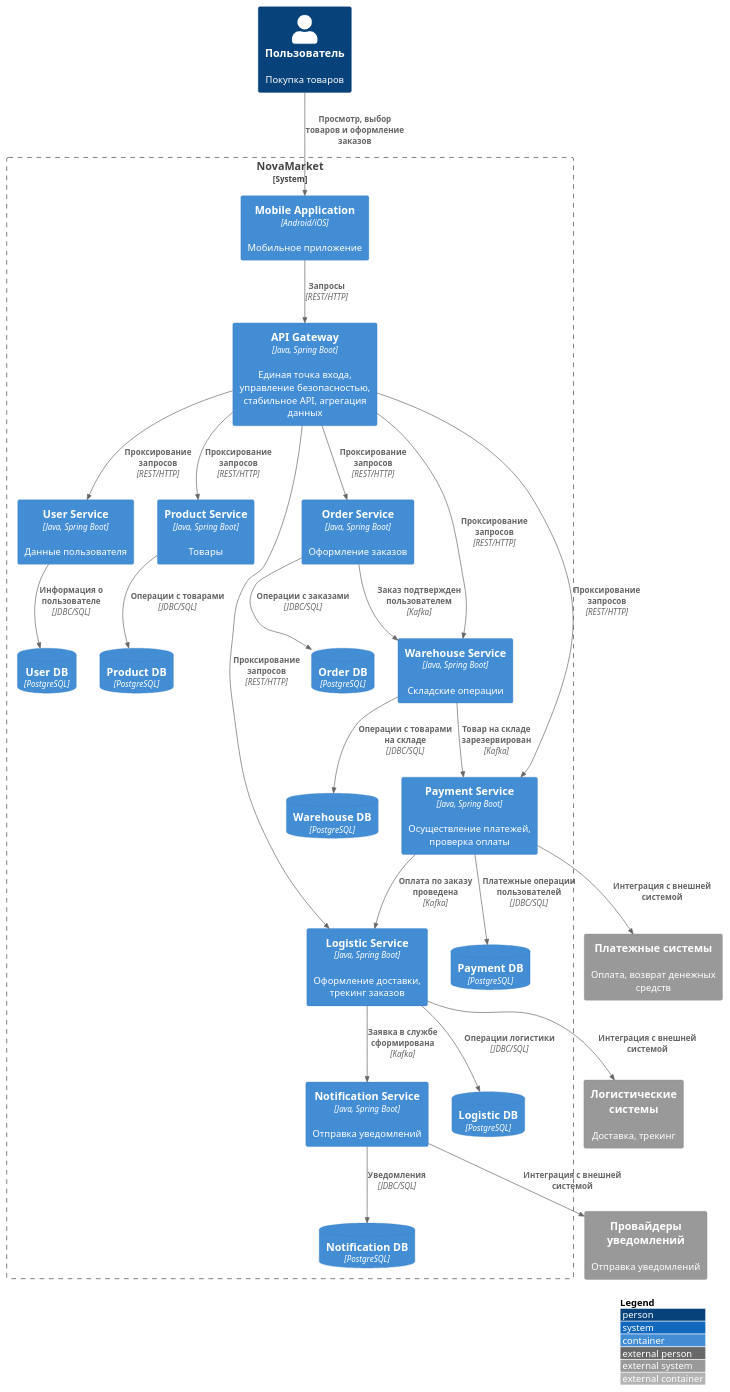
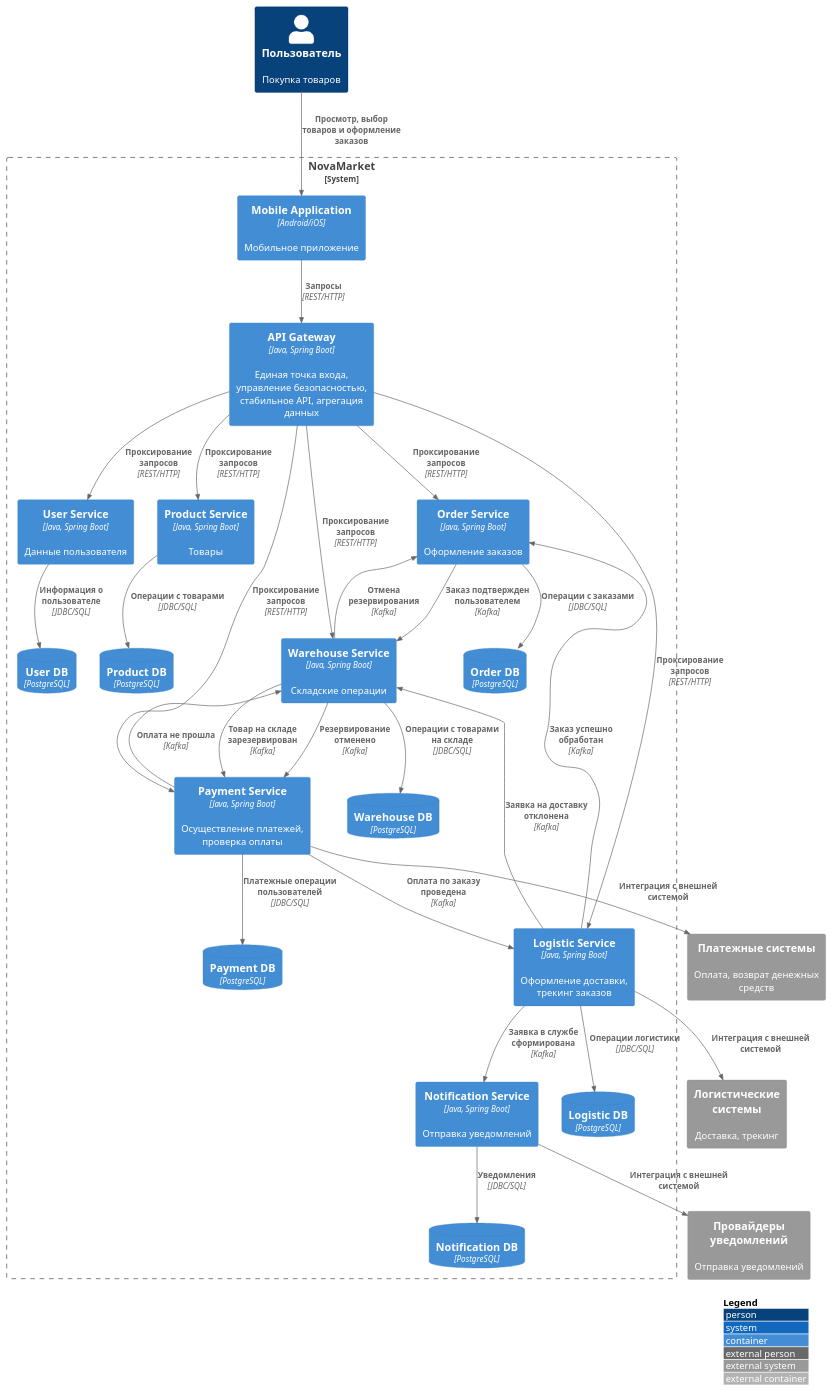
The diagram in Task1/c2.puml (spomprt/MSA-3-NovaMarket), drawn with PlantUML before and after one commit. The commit also changed 1 other file, not shown here.

```diff
--- a/Task1/c2.puml
+++ b/Task1/c2.puml
@@ -1,55 +1,60 @@
 @startuml
 !includeurl https://raw.githubusercontent.com/plantuml-stdlib/C4-PlantUML/master/C4_Container.puml
 LAYOUT_WITH_LEGEND()
 
 Person(user, "Пользователь", "Покупка товаров")
 
 System_Boundary(central, "NovaMarket") {
     Container(mobile, "Mobile Application", "Android/iOS", "Мобильное приложение")
     Container(gateway, "API Gateway", "Java, Spring Boot", "Единая точка входа, управление безопасностью, стабильное API, агрегация данных")
     Container(user_service, "User Service", "Java, Spring Boot", "Данные пользователя")
     ContainerDb(user_db, "User DB", "PostgreSQL")
     Container(notification_service, "Notification Service", "Java, Spring Boot", "Отправка уведомлений")
     ContainerDb(notification_db, "Notification DB", "PostgreSQL")
     Container(product_service, "Product Service", "Java, Spring Boot", "Товары")
     ContainerDb(product_db, "Product DB", "PostgreSQL")
     Container(order_service, "Order Service", "Java, Spring Boot", "Оформление заказов")
     ContainerDb(order_db, "Order DB", "PostgreSQL")
     Container(warehouse_service, "Warehouse Service", "Java, Spring Boot", "Складские операции")
     ContainerDb(warehouse_db, "Warehouse DB", "PostgreSQL")
     Container(payment_service, "Payment Service", "Java, Spring Boot", "Осуществление платежей, проверка оплаты")
     ContainerDb(payment_db, "Payment DB", "PostgreSQL")
     Container(logistic_service, "Logistic Service", "Java, Spring Boot", "Оформление доставки, трекинг заказов")
     ContainerDb(logistic_db, "Logistic DB", "PostgreSQL")
 }
 
 Rel(user, mobile, "Просмотр, выбор товаров и оформление заказов")
 Rel(mobile, gateway, "Запросы", "REST/HTTP")
 Rel(gateway, user_service, "Проксирование запросов", "REST/HTTP")
 Rel(gateway, product_service, "Проксирование запросов", "REST/HTTP")
 Rel(gateway, order_service, "Проксирование запросов", "REST/HTTP")
 Rel(gateway, logistic_service, "Проксирование запросов", "REST/HTTP")
 Rel(gateway, warehouse_service, "Проксирование запросов", "REST/HTTP")
 Rel(gateway, payment_service, "Проксирование запросов", "REST/HTTP")
 Rel(user_service, user_db, "Информация о пользователе", "JDBC/SQL")
 Rel(notification_service, notification_db, "Уведомления", "JDBC/SQL")
 Rel(product_service, product_db, "Операции с товарами", "JDBC/SQL")
 Rel(order_service, order_db, "Операции с заказами", "JDBC/SQL")
 Rel(warehouse_service, warehouse_db, "Операции с товарами на складе", "JDBC/SQL")
 Rel(payment_service, payment_db, "Платежные операции пользователей", "JDBC/SQL")
 Rel(logistic_service, logistic_db, "Операции логистики", "JDBC/SQL")
 
 Rel(order_service, warehouse_service, "Заказ подтвержден пользователем", "Kafka")
 Rel(warehouse_service, payment_service, "Товар на складе зарезервирован", "Kafka")
+Rel(warehouse_service, payment_service, "Резервирование отменено", "Kafka")
+Rel(warehouse_service, order_service, "Отмена резервирования", "Kafka")
 Rel(payment_service, logistic_service, "Оплата по заказу проведена", "Kafka")
+Rel(payment_service, warehouse_service, "Оплата не прошла", "Kafka")
 Rel(logistic_service, notification_service, "Заявка в службе сформирована", "Kafka")
+Rel(logistic_service, warehouse_service, "Заявка на доставку отклонена", "Kafka")
+Rel(logistic_service, order_service, "Заказ успешно обработан", "Kafka")
 
 System_Ext(logistic_provider, "Логистические системы", "Доставка, трекинг")
 System_Ext(payment_provider, "Платежные системы", "Оплата, возврат денежных средств")
 System_Ext(notification_provider, "Провайдеры уведомлений", "Отправка уведомлений")
 
 Rel(logistic_service, logistic_provider, "Интеграция с внешней системой")
 Rel(payment_service, payment_provider, "Интеграция с внешней системой")
 Rel(notification_service, notification_provider, "Интеграция с внешней системой")
 
 @enduml
```
